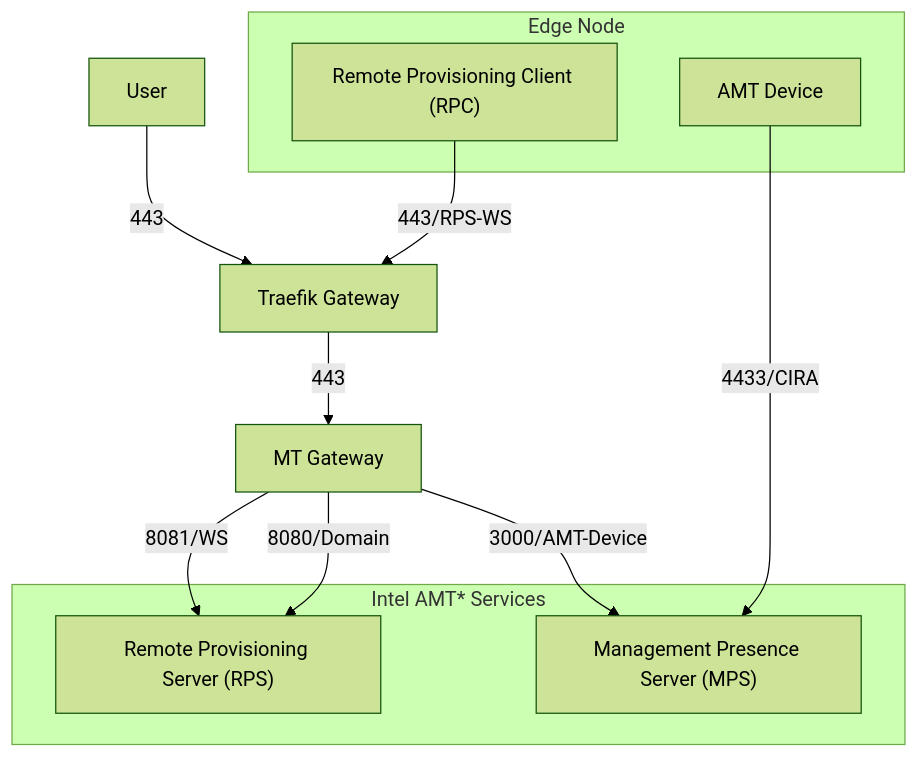
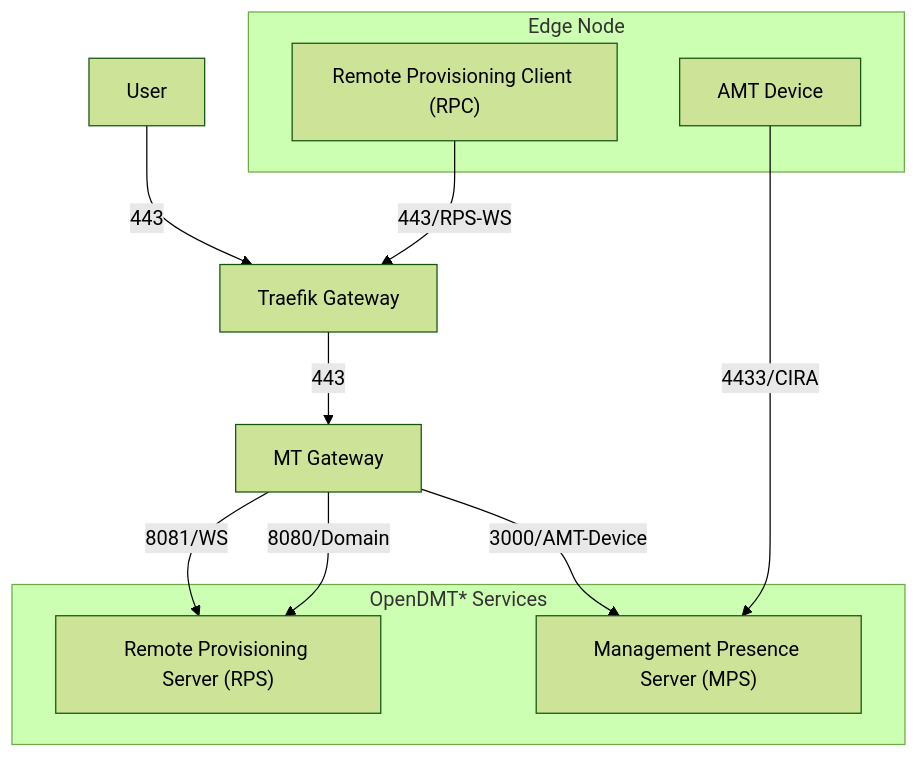
Before and after one commit to open-edge-platform/edge-manageability-framework: the first of 2 diagrams in design-proposals/dmt-integration.md, drawn with Mermaid (forest theme). The commit also changed other lines of this file, not shown here.

````diff
--- a/design-proposals/dmt-integration.md
+++ b/design-proposals/dmt-integration.md
@@ -32,26 +31,26 @@
 ```mermaid
 graph TD
     %% Traefik Gateway - Middle Level
     Traefik["Traefik Gateway"]
     %% MT-Gateway - Middle Level
     MTGW["MT Gateway"]
-    %% Intel AMT* Services Box - Middle Section
-    subgraph "Intel AMT* Services"
+    %% OpenDMT* Services Box - Middle Section
+    subgraph "OpenDMT* Services"
         RPS["Remote Provisioning Server (RPS)"]
         MPS["Management Presence Server (MPS)"]
     end
     %% Connections
     %% Edge Node - Bottom Level
     subgraph "Edge Node"
         RPC["Remote Provisioning Client (RPC)"]
         AMT["AMT Device"]
     end
     %% Connections
     RPC -->|443/RPS-WS| Traefik
     AMT -->|4433/CIRA| MPS
     User -->|443| Traefik
     Traefik -->|443| MTGW
     MTGW -->|3000/AMT-Device|MPS
     MTGW -->|8080/Domain|RPS
     MTGW -->|8081/WS|RPS
 ```
````
